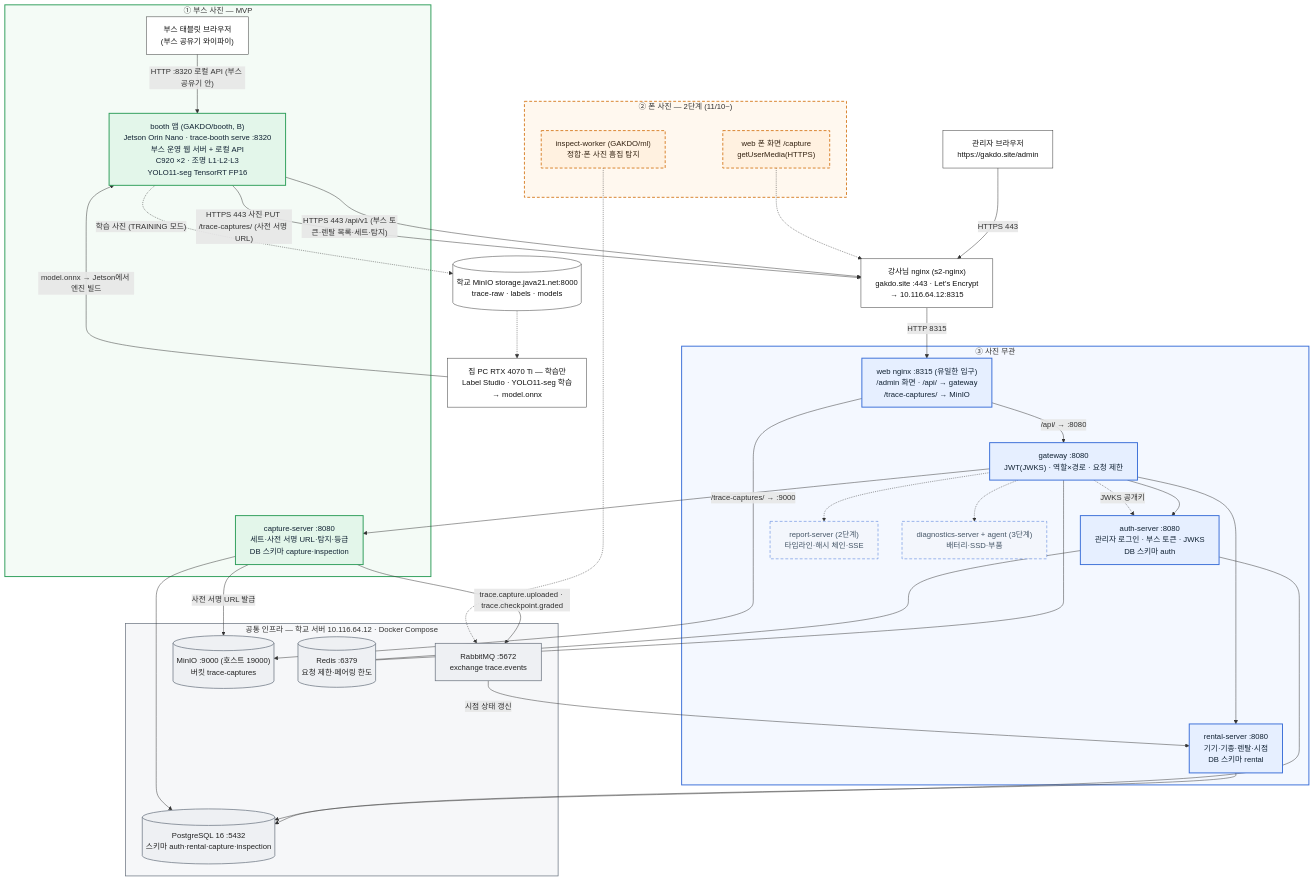
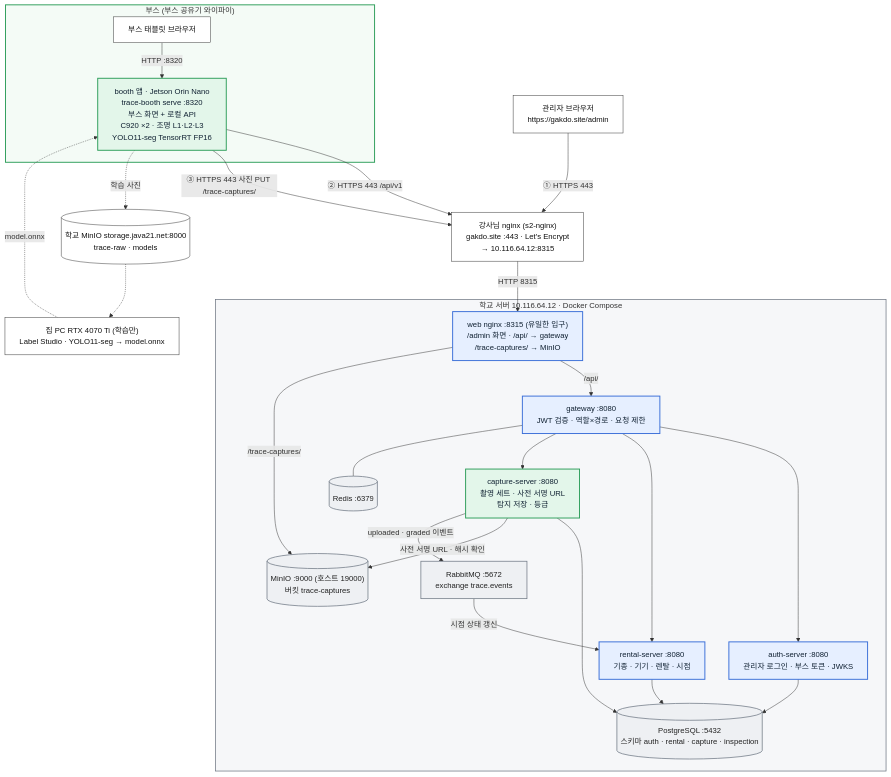
Before and after one commit to GAKDO/docs: the first of 2 diagrams in mvp/01-architecture.md, drawn with Mermaid. The commit also changed other lines of this file and 35 other files, not shown here.

````diff
--- a/mvp/01-architecture.md
+++ b/mvp/01-architecture.md
@@ -20,77 +16,55 @@
 ```mermaid
-%%{init: {"flowchart": {"wrappingWidth": 320, "curve": "basis"}}}%%
+%%{init: {"flowchart": {"wrappingWidth": 320}}}%%
 flowchart TB
   classDef booth fill:#e3f6ea,stroke:#2f9e5b,stroke-width:2px,color:#123
-  classDef phone fill:#fff1e0,stroke:#d9822b,stroke-width:2px,stroke-dasharray:6 4,color:#321
   classDef nophoto fill:#e6efff,stroke:#3b6fd8,stroke-width:2px,color:#123
-  classDef later fill:#f3f6fc,stroke:#3b6fd8,stroke-width:1px,stroke-dasharray:6 4,color:#456
   classDef infra fill:#eef0f3,stroke:#6b7480,stroke-width:1.5px,color:#222
   classDef outside fill:#ffffff,stroke:#333,stroke-width:1px,color:#111
 
   adminBrowser["관리자 브라우저<br/>https://gakdo.site/admin"]:::outside
   ngx["강사님 nginx (s2-nginx)<br/>gakdo.site :443 · Let's Encrypt<br/>→ 10.116.64.12:8315"]:::outside
 
-  subgraph G1["① 부스 사진 — MVP"]
-    tablet["부스 태블릿 브라우저<br/>(부스 공유기 와이파이)"]:::outside
-    boothApp["booth 앱 (GAKDO/booth, B)<br/>Jetson Orin Nano · trace-booth serve :8320<br/>부스 운영 웹 서버 + 로컬 API<br/>C920 ×2 · 조명 L1·L2·L3<br/>YOLO11-seg TensorRT FP16"]:::booth
-    capture["capture-server :8080<br/>세트·사전 서명 URL·탐지·등급<br/>DB 스키마 capture·inspection"]:::booth
+  subgraph BOOTH["부스 (부스 공유기 와이파이)"]
+    tablet["부스 태블릿 브라우저"]:::outside
+    boothApp["booth 앱 · Jetson Orin Nano<br/>trace-booth serve :8320<br/>부스 화면 + 로컬 API<br/>C920 ×2 · 조명 L1·L2·L3<br/>YOLO11-seg TensorRT FP16"]:::booth
   end
 
-  subgraph G2["② 폰 사진 — 2단계 (11/10~)"]
-    phoneUi["web 폰 화면 /capture<br/>getUserMedia(HTTPS)"]:::phone
-    inspectWorker["inspect-worker (GAKDO/ml)<br/>정합·폰 사진 흠집 탐지"]:::phone
+  subgraph SCHOOL["학교 서버 10.116.64.12 · Docker Compose"]
+    web["web nginx :8315 (유일한 입구)<br/>/admin 화면 · /api/ → gateway<br/>/trace-captures/ → MinIO"]:::nophoto
+    gateway["gateway :8080<br/>JWT 검증 · 역할×경로 · 요청 제한"]:::nophoto
+    auth["auth-server :8080<br/>관리자 로그인 · 부스 토큰 · JWKS"]:::nophoto
+    rental["rental-server :8080<br/>기종 · 기기 · 렌탈 · 시점"]:::nophoto
+    capture["capture-server :8080<br/>촬영 세트 · 사전 서명 URL<br/>탐지 저장 · 등급"]:::booth
+    pg[("PostgreSQL :5432<br/>스키마 auth · rental · capture · inspection")]:::infra
+    mq["RabbitMQ :5672<br/>exchange trace.events"]:::infra
+    minio[("MinIO :9000 (호스트 19000)<br/>버킷 trace-captures")]:::infra
+    redis[("Redis :6379")]:::infra
   end
 
-  subgraph G3["③ 사진 무관"]
-    web["web nginx :8315 (유일한 입구)<br/>/admin 화면 · /api/ → gateway<br/>/trace-captures/ → MinIO"]:::nophoto
-    gateway["gateway :8080<br/>JWT(JWKS) · 역할×경로 · 요청 제한"]:::nophoto
-    auth["auth-server :8080<br/>관리자 로그인 · 부스 토큰 · JWKS<br/>DB 스키마 auth"]:::nophoto
-    rental["rental-server :8080<br/>기기·기종·렌탈·시점<br/>DB 스키마 rental"]:::nophoto
-    report["report-server (2단계)<br/>타임라인·해시 체인·SSE"]:::later
-    diag["diagnostics-server + agent (3단계)<br/>배터리·SSD·부품"]:::later
-  end
+  homePc["집 PC RTX 4070 Ti (학습만)<br/>Label Studio · YOLO11-seg → model.onnx"]:::outside
+  schoolMinio[("학교 MinIO storage.java21.net:8000<br/>trace-raw · models")]:::outside
 
-  subgraph INF["공통 인프라 — 학교 서버 10.116.64.12 · Docker Compose"]
-    pg[("PostgreSQL 16 :5432<br/>스키마 auth·rental·capture·inspection")]:::infra
-    mq["RabbitMQ :5672<br/>exchange trace.events"]:::infra
-    minio[("MinIO :9000 (호스트 19000)<br/>버킷 trace-captures")]:::infra
-    redis[("Redis :6379<br/>요청 제한·페어링 한도")]:::infra
-  end
+  style BOOTH fill:#f4fbf6,stroke:#2f9e5b,stroke-width:2px
+  style SCHOOL fill:#f6f7f9,stroke:#6b7480,stroke-width:1.5px
 
-  homePc["집 PC RTX 4070 Ti — 학습만<br/>Label Studio · YOLO11-seg 학습<br/>→ model.onnx"]:::outside
-  schoolMinio[("학교 MinIO storage.java21.net:8000<br/>trace-raw · labels · models")]:::outside
-
-  style G1 fill:#f4fbf6,stroke:#2f9e5b,stroke-width:2px
-  style G2 fill:#fff8ef,stroke:#d9822b,stroke-width:2px,stroke-dasharray:6 4
-  style G3 fill:#f4f8ff,stroke:#3b6fd8,stroke-width:2px
-  style INF fill:#f6f7f9,stroke:#6b7480,stroke-width:1.5px
-
-  adminBrowser -->|HTTPS 443| ngx
-  tablet -->|"HTTP :8320 로컬 API (부스 공유기 안)"| boothApp
-  boothApp -->|"HTTPS 443 /api/v1 (부스 토큰·렌탈 목록·세트·탐지)"| ngx
-  boothApp -->|"HTTPS 443 사진 PUT /trace-captures/ (사전 서명 URL)"| ngx
-  ngx -->|HTTP 8315| web
-  web -->|"/api/ → :8080"| gateway
-  web -->|"/trace-captures/ → :9000"| minio
+  adminBrowser -->|"① HTTPS 443"| ngx
+  tablet -->|"HTTP :8320"| boothApp
+  boothApp -->|"② HTTPS 443 /api/v1"| ngx
+  boothApp -->|"③ HTTPS 443 사진 PUT /trace-captures/"| ngx
+  ngx -->|"HTTP 8315"| web
+  web -->|"/api/"| gateway
+  web -->|"/trace-captures/"| minio
   gateway --> auth
   gateway --> rental
   gateway --> capture
-  gateway -.->|JWKS 공개키| auth
-  gateway --- redis
   auth --> pg
   rental --> pg
   capture --> pg
-  capture -->|사전 서명 URL 발급| minio
-  capture -->|"trace.capture.uploaded · trace.checkpoint.graded"| mq
-  mq -->|시점 상태 갱신| rental
-  auth --- redis
-
-  boothApp -.->|"학습 사진 (TRAINING 모드)"| schoolMinio
+  gateway --- redis
+  capture -->|"사전 서명 URL · 해시 확인"| minio
+  capture -->|"uploaded · graded 이벤트"| mq
+  mq -->|"시점 상태 갱신"| rental
+  boothApp -.->|"학습 사진"| schoolMinio
   schoolMinio -.-> homePc
-  homePc -->|"model.onnx → Jetson에서 엔진 빌드"| boothApp
-
-  phoneUi -.-> ngx
-  inspectWorker -.-> mq
-  gateway -.-> report
-  gateway -.-> diag
+  homePc -.->|"model.onnx"| boothApp
 ```
````
